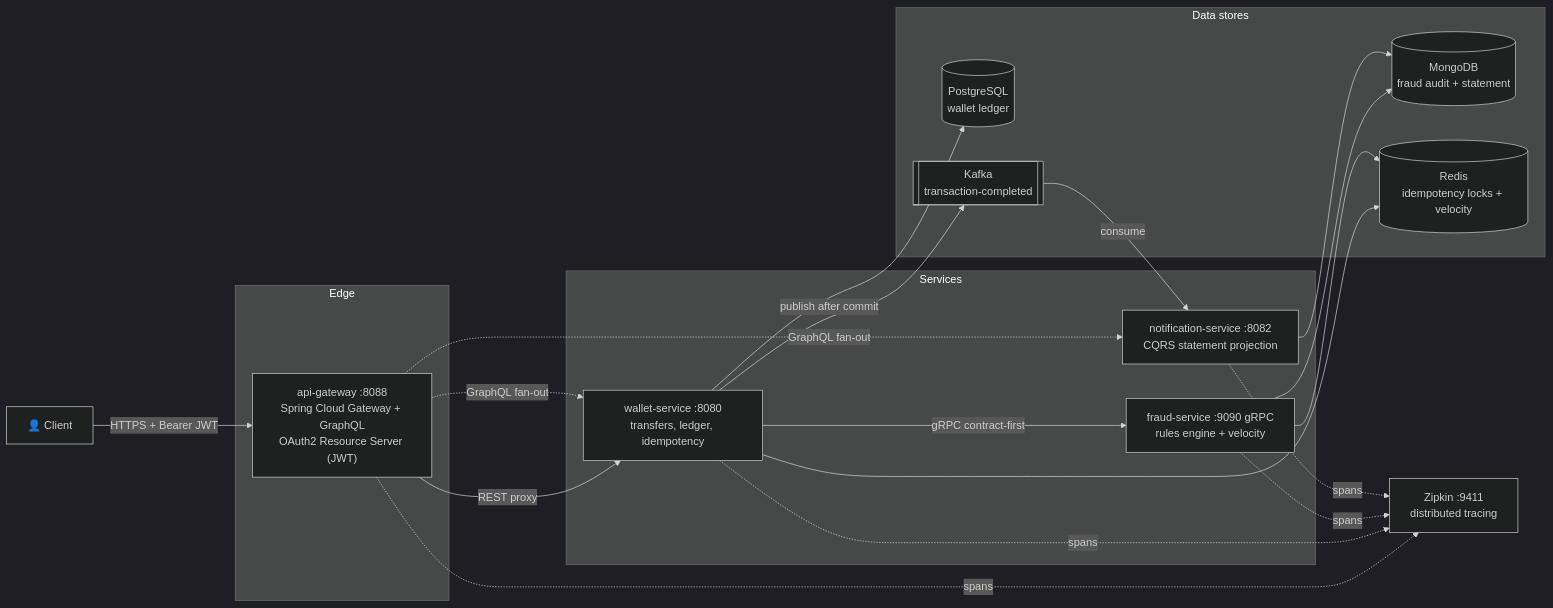
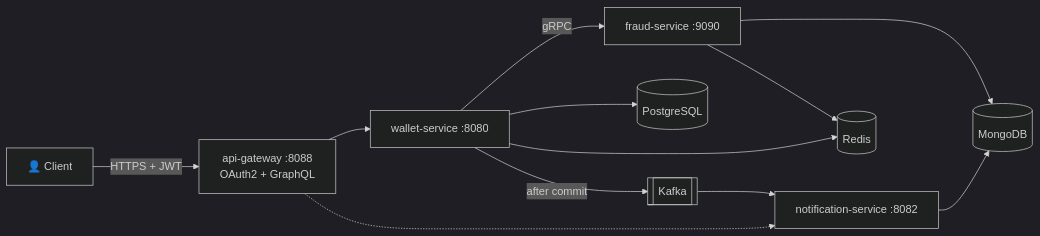
Before and after one commit to luisgaboardi/Nexulor: the diagram in README.md, drawn with Mermaid (dark theme). The commit also changed other lines of this file, not shown here.

````diff
--- a/README.md
+++ b/README.md
@@ -21,41 +30,14 @@
 ```mermaid
 flowchart LR
-    client["👤 Client"]
-
-    subgraph edge["Edge"]
-        gw["api-gateway :8088<br/>Spring Cloud Gateway + GraphQL<br/>OAuth2 Resource Server (JWT)"]
-    end
-
-    subgraph core["Services"]
-        wallet["wallet-service :8080<br/>transfers, ledger, idempotency"]
-        fraud["fraud-service :9090 gRPC<br/>rules engine + velocity"]
-        notif["notification-service :8082<br/>CQRS statement projection"]
-    end
-
-    subgraph data["Data stores"]
-        pg[("PostgreSQL<br/>wallet ledger")]
-        mongo[("MongoDB<br/>fraud audit + statement")]
-        redis[("Redis<br/>idempotency locks + velocity")]
-        kafka[["Kafka<br/>transaction-completed"]]
-    end
-
-    zipkin["Zipkin :9411<br/>distributed tracing"]
-
-    client -->|HTTPS + Bearer JWT| gw
-    gw -->|REST proxy| wallet
-    gw -.->|GraphQL fan-out| wallet
-    gw -.->|GraphQL fan-out| notif
-    wallet -->|gRPC contract-first| fraud
-    wallet --> pg
-    wallet --> redis
-    fraud --> mongo
+    client["👤 Client"] -->|HTTPS + JWT| gw["api-gateway :8088<br/>OAuth2 + GraphQL"]
+    gw --> wallet["wallet-service :8080"]
+    gw -.-> notif["notification-service :8082"]
+    wallet -->|gRPC| fraud["fraud-service :9090"]
+    wallet --> pg[("PostgreSQL")]
+    wallet --> redis[("Redis")]
+    fraud --> mongo[("MongoDB")]
     fraud --> redis
-    wallet -->|publish after commit| kafka
-    kafka -->|consume| notif
+    wallet -->|after commit| kafka[["Kafka"]]
+    kafka --> notif
     notif --> mongo
-
-    gw -.spans.-> zipkin
-    wallet -.spans.-> zipkin
-    fraud -.spans.-> zipkin
-    notif -.spans.-> zipkin
 ```
````
